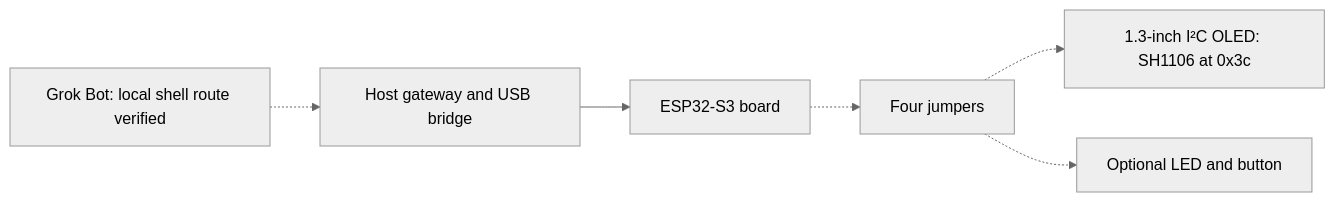
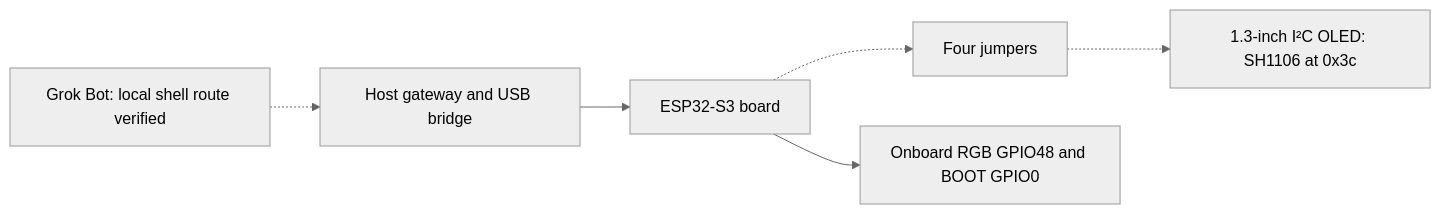
The first of 2 diagrams in docs/getting-started/experiment-kit.md (adidshaft/grok-gadgets), drawn with Mermaid (neutral theme) before and after one commit. The commit also changed other lines of this file and 47 other files, not shown here.

````diff
--- a/docs/getting-started/experiment-kit.md
+++ b/docs/getting-started/experiment-kit.md
@@ -34,8 +34,8 @@
 ```mermaid
 flowchart LR
     G["Grok Bot: local shell route verified"] -.-> H["Host gateway and USB bridge"]
     H --> B["ESP32-S3 board"]
     B -.-> W["Four jumpers"]
     W -.-> O["1.3-inch I²C OLED: SH1106 at 0x3c"]
-    W -.-> I["Optional LED and button"]
+    B --> I["Onboard RGB GPIO48 and BOOT GPIO0"]
 ```
````
